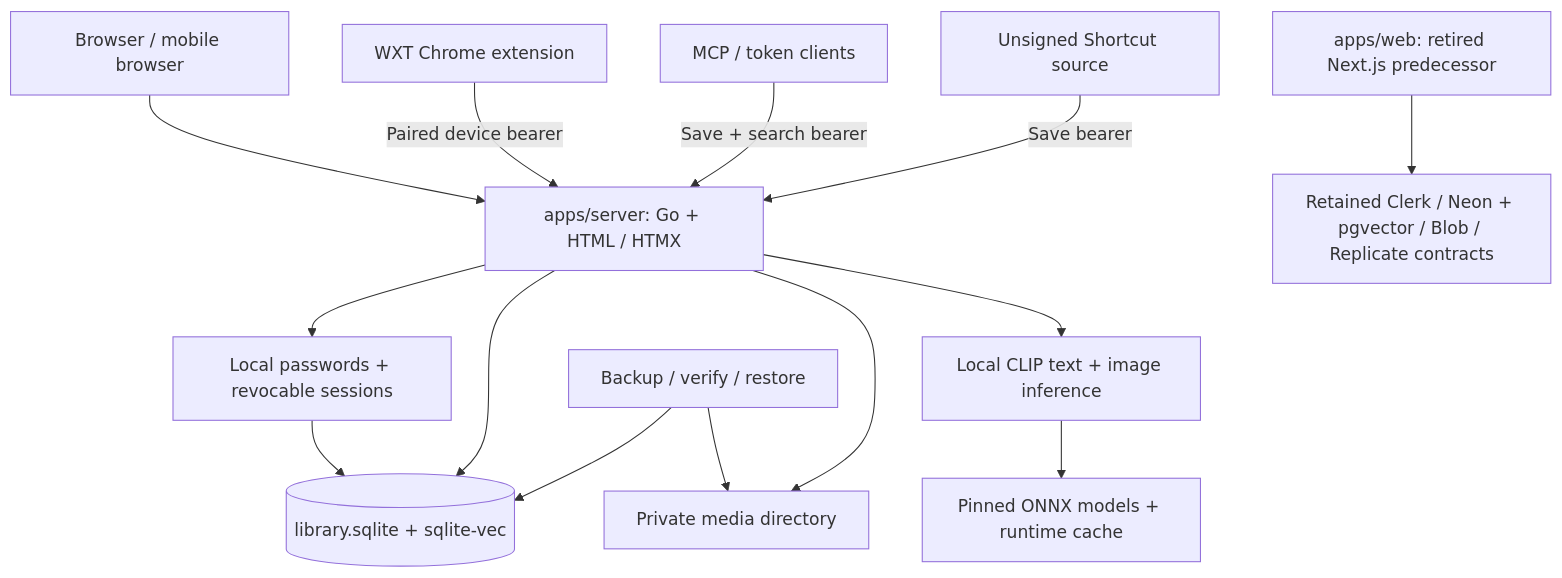
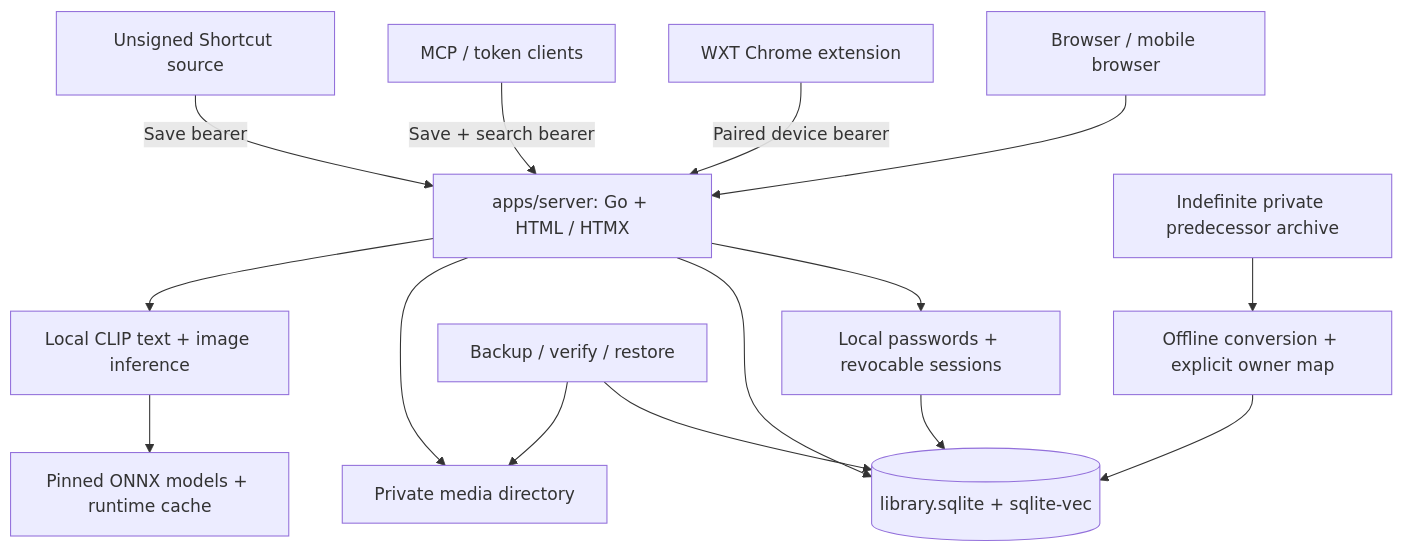
One commit to misty-step/sploot changed the diagram in ARCHITECTURE.md. Above: the diagram before and after it, drawn with Mermaid. The commit also changed other lines of this file and 857 other files, not shown here.

First line of the commit message:
fix(security): retire the Next predecessor and clear vulnerable dependencies (#379)

````diff
--- a/ARCHITECTURE.md
+++ b/ARCHITECTURE.md
@@ -33,16 +33,17 @@
 ```mermaid
 graph TB
   U[Browser / mobile browser] --> GO[apps/server: Go + HTML / HTMX]
   EXT[WXT Chrome extension] -->|Paired device bearer| GO
   AGENT[MCP / token clients] -->|Save + search bearer| GO
   IOS[Unsigned Shortcut source] -->|Save bearer| GO
   GO --> AUTH[Local passwords + revocable sessions]
   AUTH --> DB[(library.sqlite + sqlite-vec)]
   GO --> DB
   GO --> MEDIA[Private media directory]
   GO --> CPU[Local CLIP text + image inference]
   CPU --> CACHE[Pinned ONNX models + runtime cache]
   RECOVERY[Backup / verify / restore] --> DB
   RECOVERY --> MEDIA
-  NEXT[apps/web: retired Next.js predecessor] --> VENDOR[Retained Clerk / Neon + pgvector / Blob / Replicate contracts]
+  ARCHIVE[Indefinite private predecessor archive] --> IMPORT[Offline conversion + explicit owner map]
+  IMPORT --> DB
 ```
````
